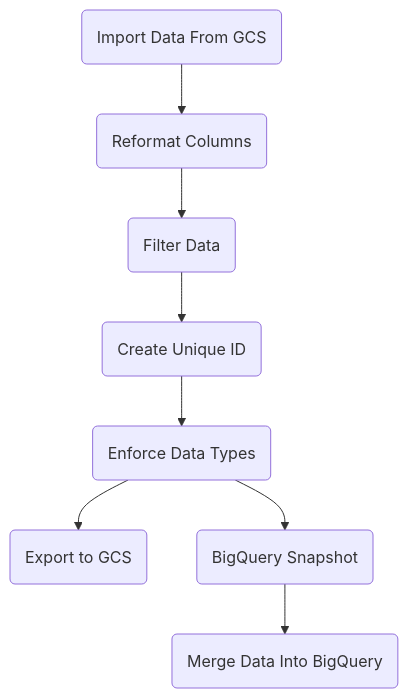
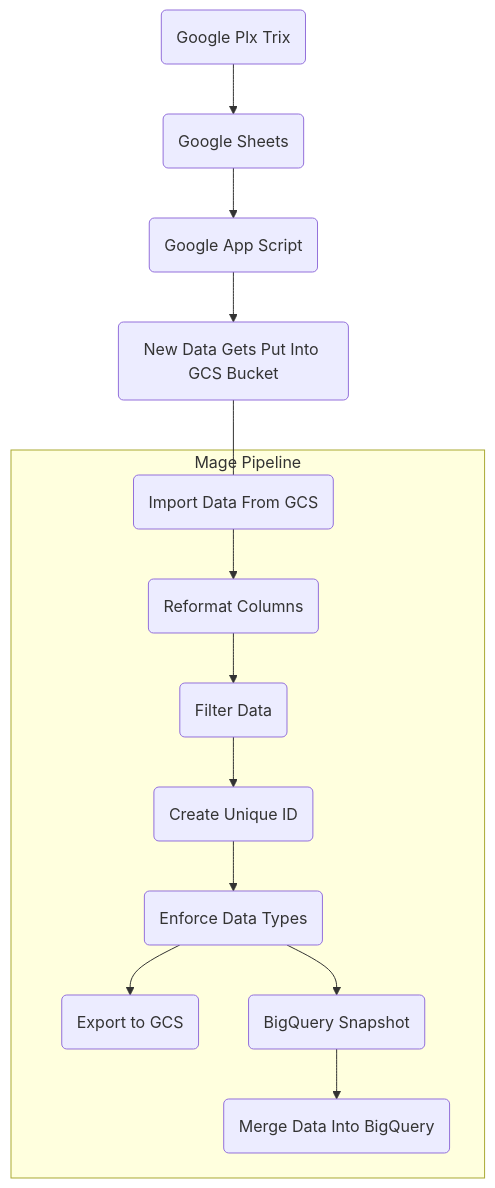
The diagram in documentation/pipelines/gfa.md (CarrierOps/1P-Wiki), drawn with Mermaid before and after one commit. The commit also changed 1 other file, not shown here.

Commit message:
Flowchart edits

````diff
--- a/documentation/pipelines/gfa.md
+++ b/documentation/pipelines/gfa.md
@@ -9,9 +9,21 @@
 ```mermaid
 flowchart TD
+id0(Google Plx Trix)
+id0000(Google Sheets)
+id00(Google App Script)
+id000(New Data Gets Put Into GCS Bucket)
+id0 --> id0000
+id0000 --> id00
+id00 --> id000
+id000--- id1
+
+subgraph Mage Pipeline
+
 id1(Import Data From GCS) --> id2(Reformat Columns)-->
 id3(Filter Data) --> id4(Create Unique ID)-->
 id5(Enforce Data Types)--> id6(Export to GCS )
 id5(Enforce Data Types)--> id7(BigQuery Snapshot)-->
 id8(Merge Data Into BigQuery)
+end
 
 ```
````
